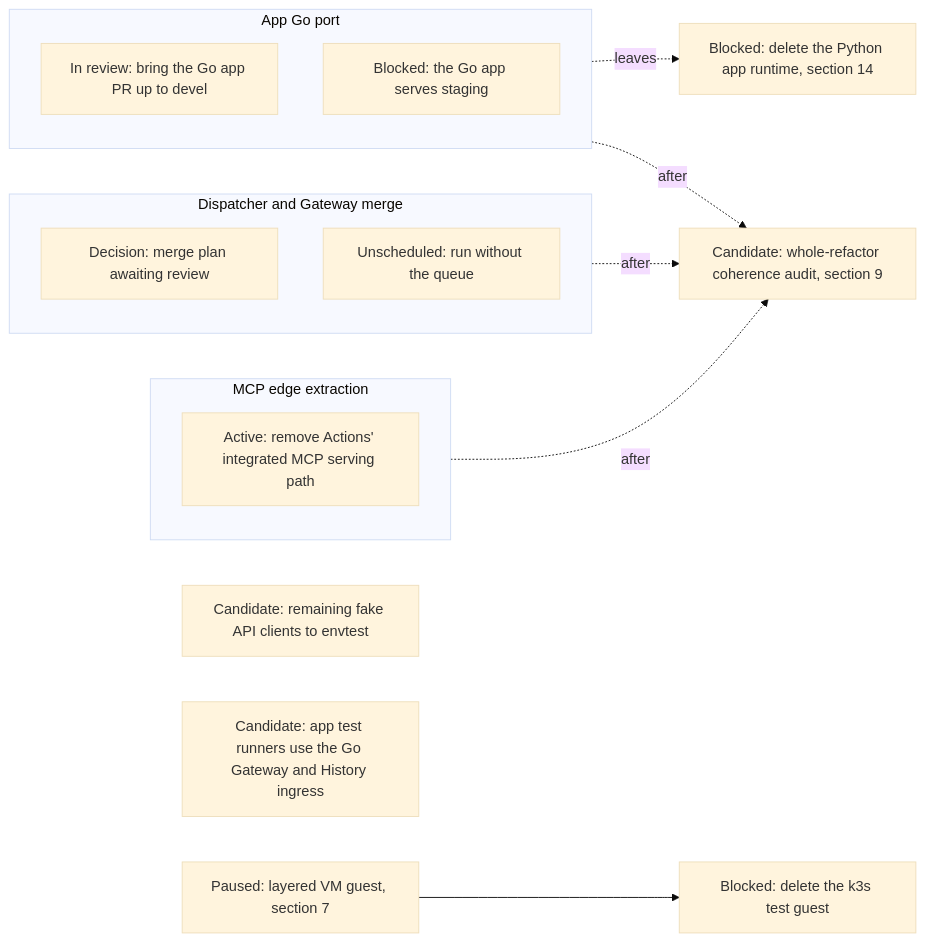
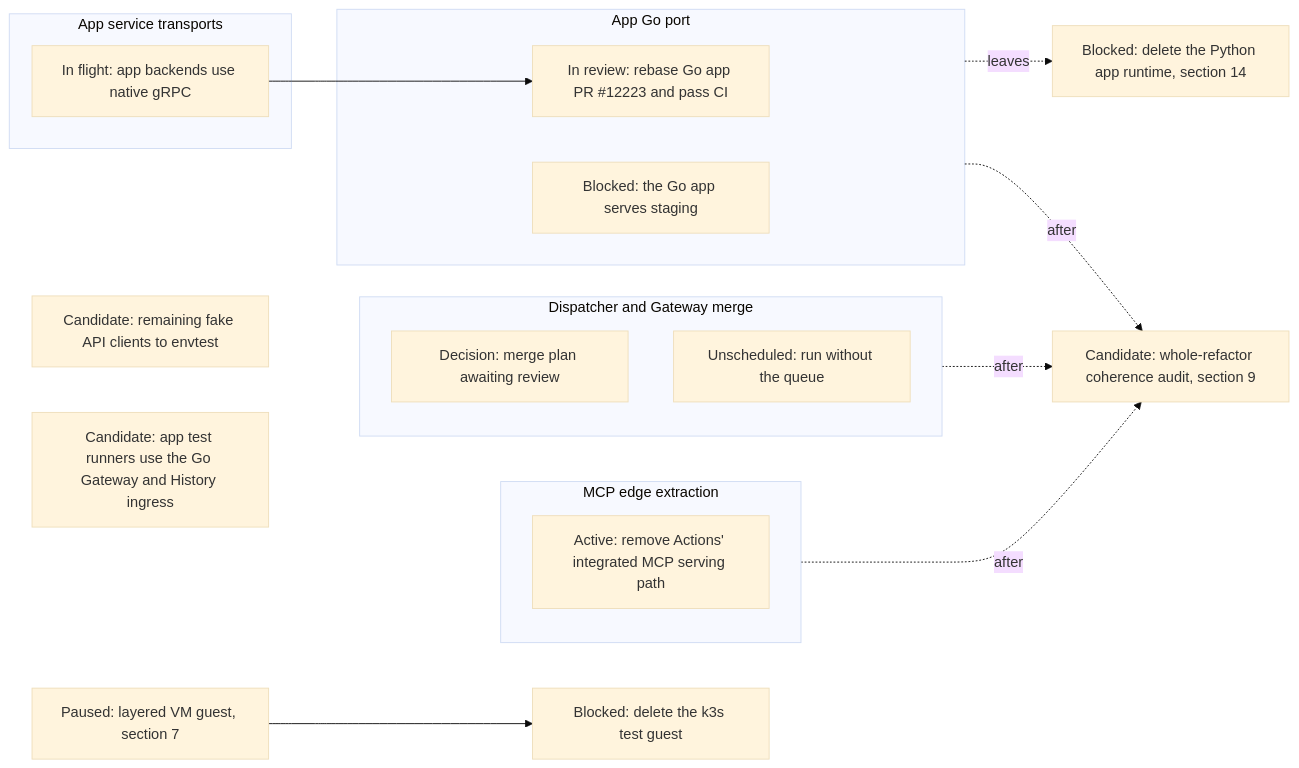
One commit to agentydragon-agent/ducktape changed the first of 20 diagrams in agentplane/plans/task_dag.md. Above: the diagram before and after it, drawn with Mermaid (base theme). The commit also changed other lines of this file and 52 other files, not shown here.

Commit message:
Define RPC boundary policy and call app backends over gRPC

````diff
--- a/agentplane/plans/task_dag.md
+++ b/agentplane/plans/task_dag.md
@@ -29,21 +29,25 @@
 ```mermaid
 flowchart LR
     subgraph ACTION_TRACK[MCP edge extraction]
         ACTION_MCP_EDGE_SPLIT[Active: remove Actions' integrated MCP serving path]
     end
     subgraph DISPATCH_TRACK[Dispatcher and Gateway merge]
         DISPATCHER_PERSISTENCE_MODEL_DESIGN[Decision: merge plan awaiting review]
         DISPATCHER_QUEUE_OPTIONAL[Unscheduled: run without the queue]
     end
+    subgraph APP_TRANSPORT_TRACK[App service transports]
+        APP_HTTP_GRPC_BOUNDARY[In flight: app backends use native gRPC]
+    end
     subgraph APP_GO_TRACK[App Go port]
-        APP_GO_PORT_CATCHUP[In review: bring the Go app PR up to devel]
+        APP_GO_PORT_CATCHUP[In review: rebase Go app PR #12223 and pass CI]
         APP_GO_CUTOVER[Blocked: the Go app serves staging]
     end
+    APP_HTTP_GRPC_BOUNDARY --> APP_GO_PORT_CATCHUP
     APP_GO_TRACK -. leaves .-> APP_PYTHON_RETIRE[Blocked: delete the Python app runtime, section 14]
     FAKE_CLIENTS_TO_ENVTEST[Candidate: remaining fake API clients to envtest]
     APP_TEST_RUNNER_FIXTURES_GO[Candidate: app test runners use the Go Gateway and History ingress]
     RUNNER_LAYERING_VM[Paused: layered VM guest, section 7] --> K3S_TEST_GUEST_RETIRE[Blocked: delete the k3s test guest]
     ACTION_TRACK -. after .-> REFACTOR_COHERENCE_AUDIT[Candidate: whole-refactor coherence audit, section 9]
     DISPATCH_TRACK -. after .-> REFACTOR_COHERENCE_AUDIT
     APP_GO_TRACK -. after .-> REFACTOR_COHERENCE_AUDIT
 ```
````
